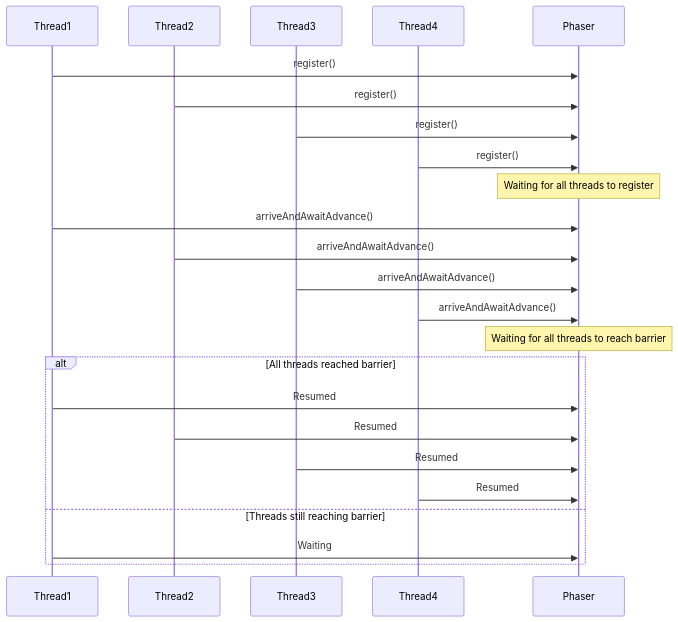
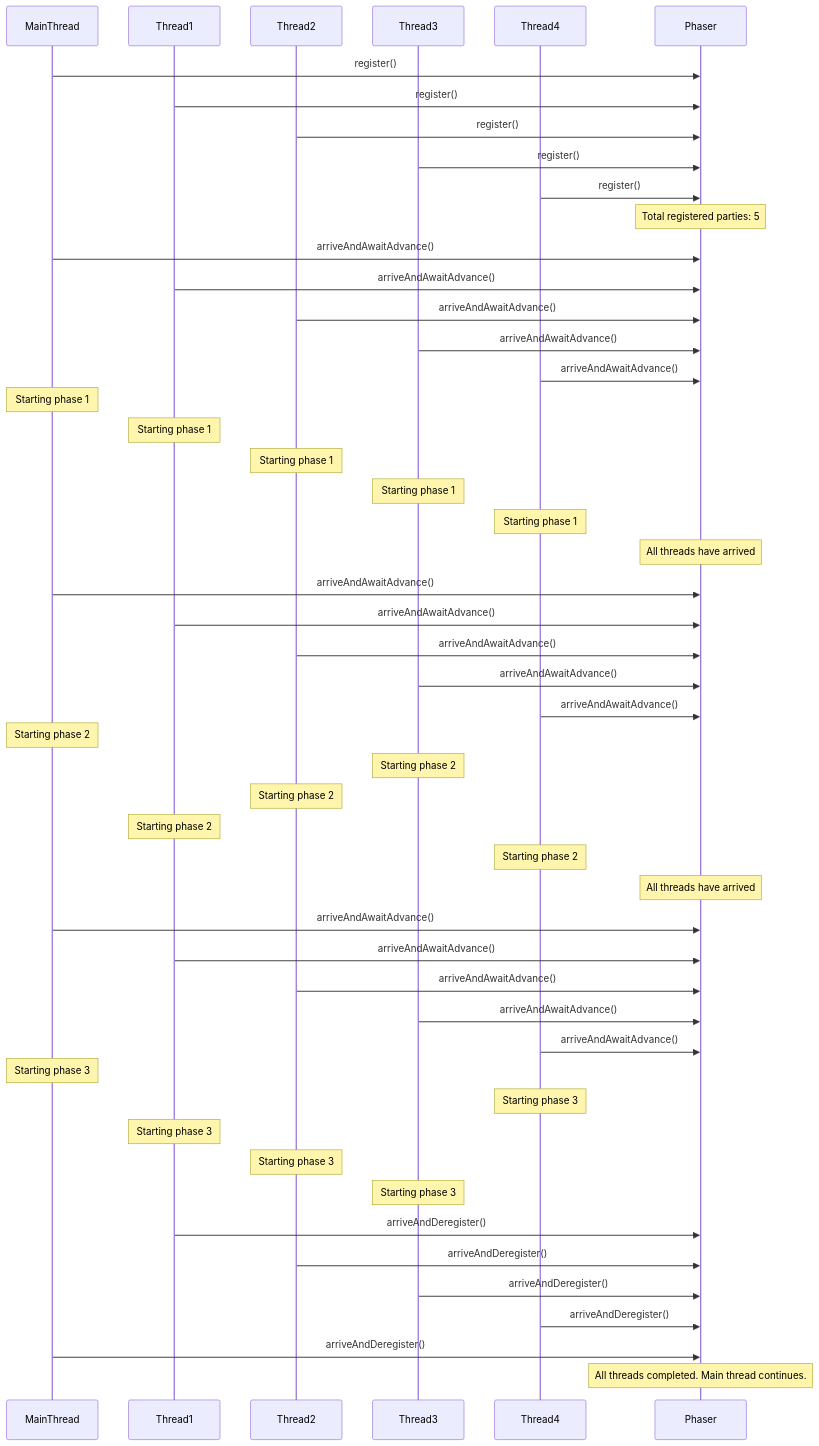
One commit to dtherhtun/Learning-Java changed the fifth of 5 diagrams in src/com/turing/javase4thbatch/synchronizers/README.md. Above: the diagram before and after it, drawn with Mermaid. The commit also changed 5 other files, not shown here.

````diff
--- a/src/com/turing/javase4thbatch/synchronizers/README.md
+++ b/src/com/turing/javase4thbatch/synchronizers/README.md
@@ -177,32 +177,66 @@
 ```mermaid
 sequenceDiagram
+    participant MainThread
     participant Thread1
     participant Thread2
     participant Thread3
     participant Thread4
     participant Phaser
 
+    MainThread->>Phaser: register()
     Thread1->>Phaser: register()
     Thread2->>Phaser: register()
     Thread3->>Phaser: register()
     Thread4->>Phaser: register()
 
-    Note over Phaser: Waiting for all threads to register
+    Note over Phaser: Total registered parties: 5
 
+    MainThread->>Phaser: arriveAndAwaitAdvance()
     Thread1->>Phaser: arriveAndAwaitAdvance()
     Thread2->>Phaser: arriveAndAwaitAdvance()
     Thread3->>Phaser: arriveAndAwaitAdvance()
     Thread4->>Phaser: arriveAndAwaitAdvance()
 
-    Note over Phaser: Waiting for all threads to reach barrier
+    Note over MainThread: Starting phase 1
+    Note over Thread1: Starting phase 1
+    Note over Thread2: Starting phase 1
+    Note over Thread3: Starting phase 1
+    Note over Thread4: Starting phase 1
 
-    alt All threads reached barrier
-        Thread1->>Phaser: Resumed
-        Thread2->>Phaser: Resumed
-        Thread3->>Phaser: Resumed
-        Thread4->>Phaser: Resumed
-    else Threads still reaching barrier
-        Thread1->>Phaser: Waiting
-    end
+    Note over Phaser: All threads have arrived
+
+    MainThread->>Phaser: arriveAndAwaitAdvance()
+    Thread1->>Phaser: arriveAndAwaitAdvance()
+    Thread2->>Phaser: arriveAndAwaitAdvance()
+    Thread3->>Phaser: arriveAndAwaitAdvance()
+    Thread4->>Phaser: arriveAndAwaitAdvance()
+
+    Note over MainThread: Starting phase 2
+    Note over Thread3: Starting phase 2
+    Note over Thread2: Starting phase 2
+    Note over Thread1: Starting phase 2
+    Note over Thread4: Starting phase 2
+
+    Note over Phaser: All threads have arrived
+
+    MainThread->>Phaser: arriveAndAwaitAdvance()
+    Thread1->>Phaser: arriveAndAwaitAdvance()
+    Thread2->>Phaser: arriveAndAwaitAdvance()
+    Thread3->>Phaser: arriveAndAwaitAdvance()
+    Thread4->>Phaser: arriveAndAwaitAdvance()
+
+    Note over MainThread: Starting phase 3
+    Note over Thread4: Starting phase 3
+    Note over Thread1: Starting phase 3
+    Note over Thread2: Starting phase 3
+    Note over Thread3: Starting phase 3
+    
+    Thread1->>Phaser: arriveAndDeregister()
+    Thread2->>Phaser: arriveAndDeregister()
+    Thread3->>Phaser: arriveAndDeregister()
+    Thread4->>Phaser: arriveAndDeregister()
+    MainThread->>Phaser: arriveAndDeregister()
+
+    Note over Phaser: All threads completed. Main thread continues.
 
 ```
````
